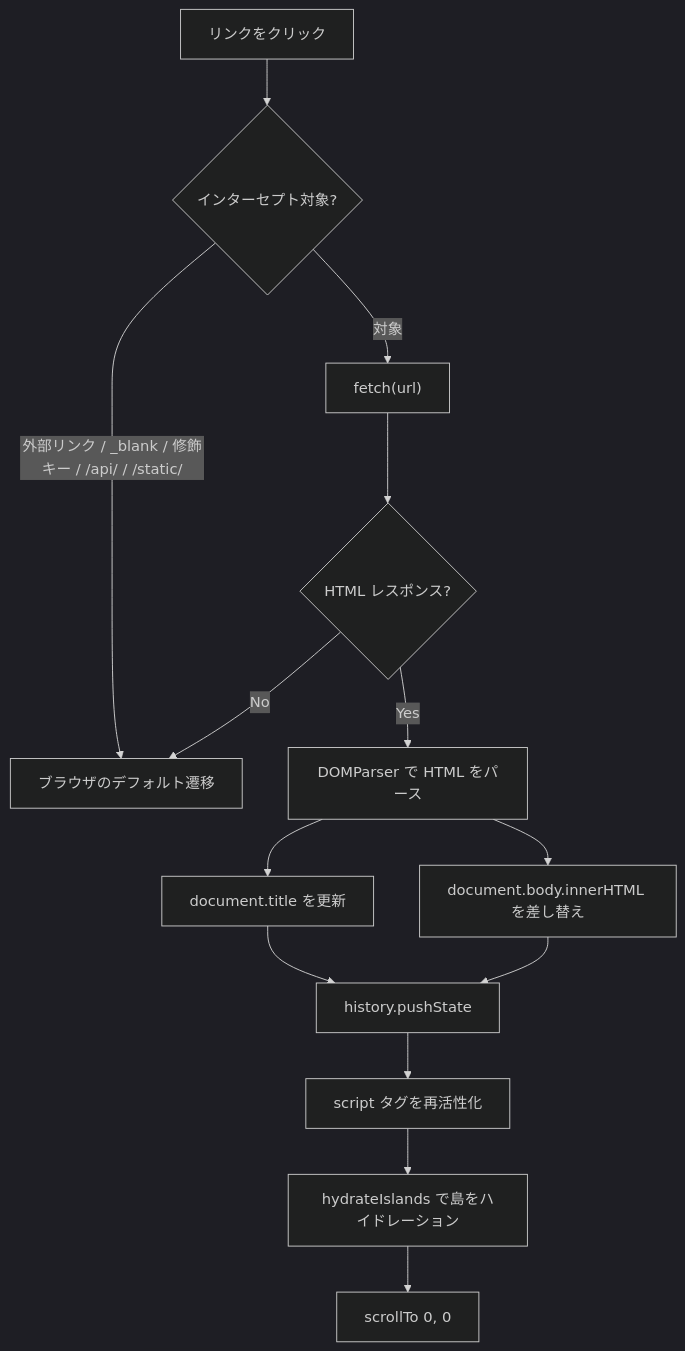
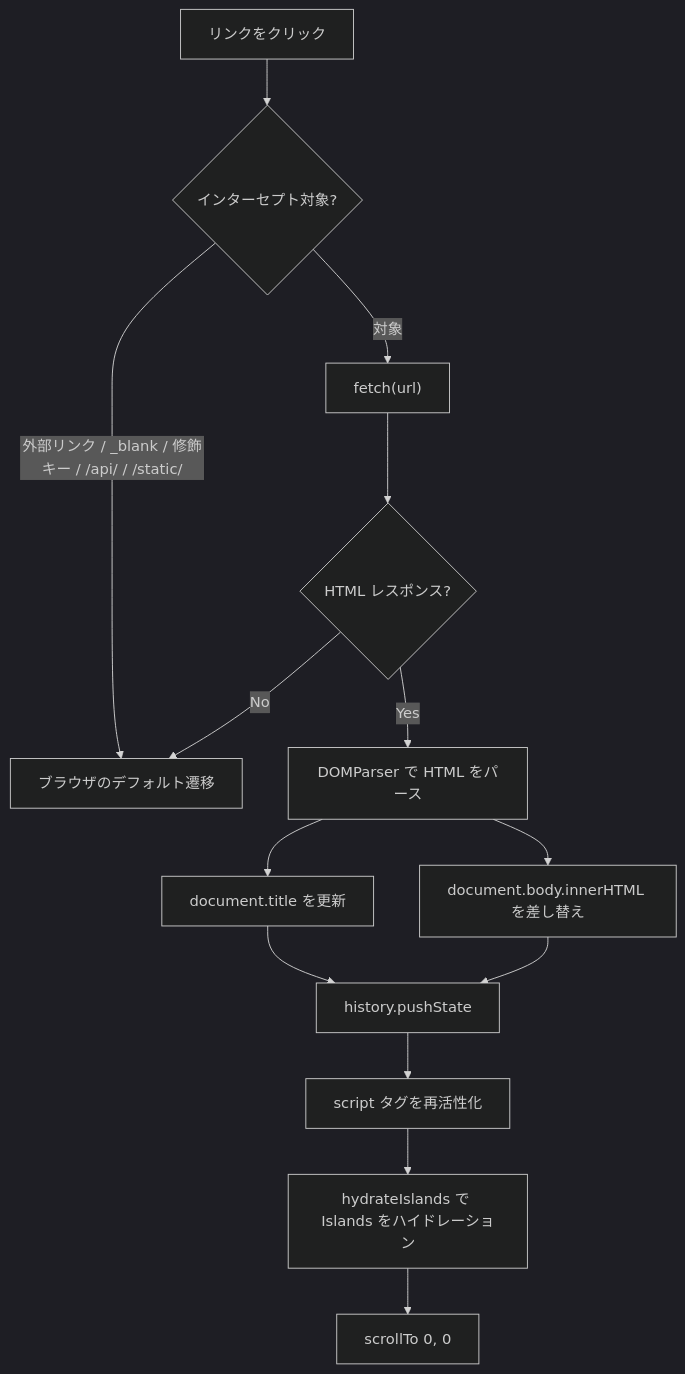
One commit to shimabox/400-diary changed the third of 5 diagrams in docs/architecture/overview.md. Above: the diagram before and after it, drawn with Mermaid (dark theme). The commit also changed other lines of this file, not shown here.

Commit message:
ドキュメント内の「島」をIslandsに統一する
Islands Architectureの用語としてそのまま使うのが自然なため

````diff
--- a/docs/architecture/overview.md
+++ b/docs/architecture/overview.md
@@ -132,15 +132,15 @@
 ```mermaid
 flowchart TD
     A[リンクをクリック] --> B{インターセプト対象?}
     B -->|"外部リンク / _blank / 修飾キー / /api/ / /static/"| C[ブラウザのデフォルト遷移]
     B -->|対象| D["fetch(url)"]
     D --> E{HTML レスポンス?}
     E -->|No| C
     E -->|Yes| F[DOMParser で HTML をパース]
     F --> G[document.title を更新]
     F --> H[document.body.innerHTML を差し替え]
     G & H --> I[history.pushState]
     I --> J[script タグを再活性化]
-    J --> K[hydrateIslands で島をハイドレーション]
+    J --> K[hydrateIslands で Islands をハイドレーション]
     K --> L[scrollTo 0, 0]
 ```
````
